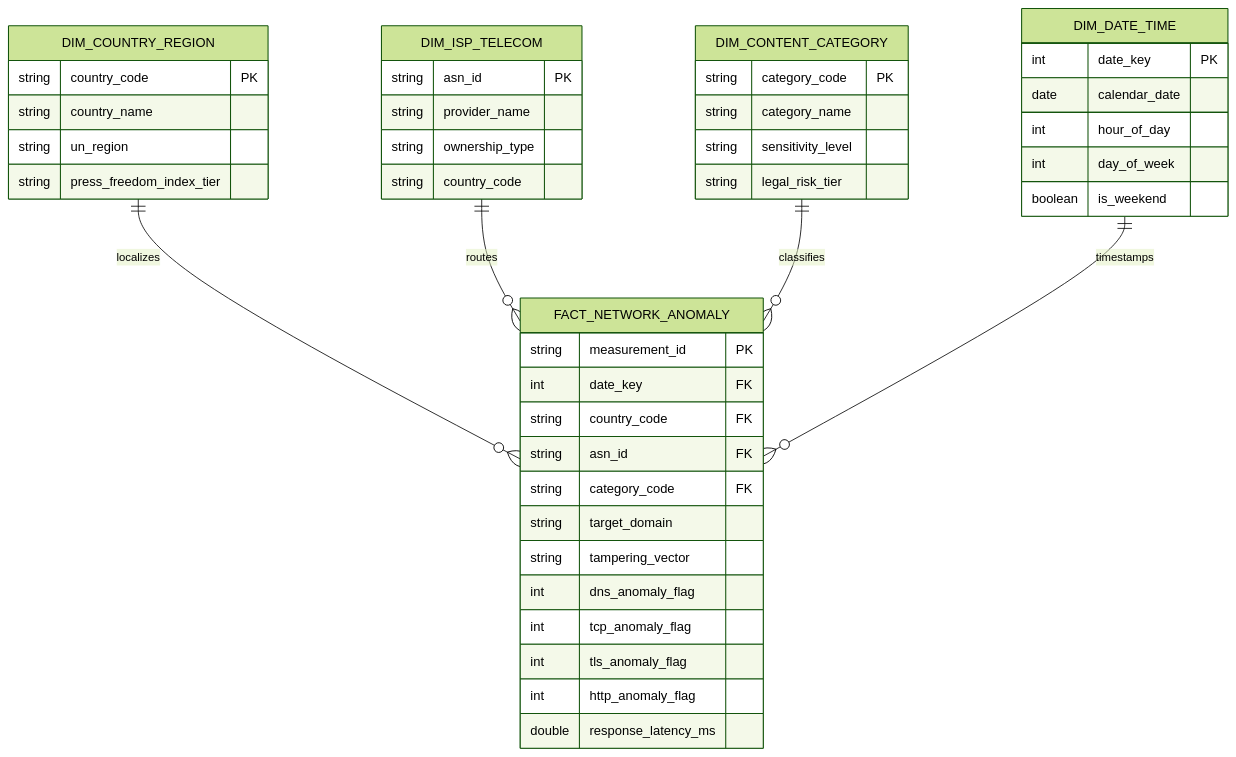
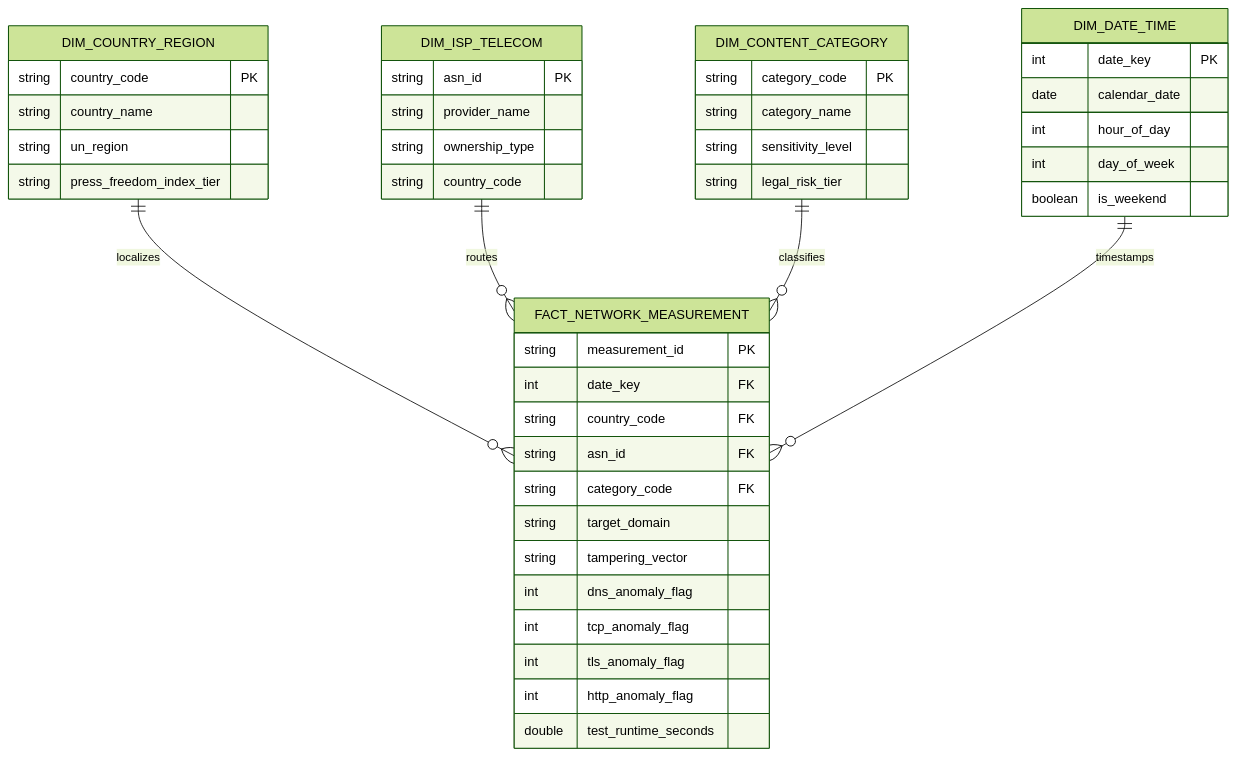
The second of 2 diagrams in Docs/Phase 1/phase1_proposal.md (Muhammad-Ibrahim-001/Project-Panopticon), drawn with Mermaid (forest theme) before and after one commit. The commit also changed other lines of this file and 21 other files, not shown here.

First line of the commit message:
chore(silver): reconcile schema contracts, engineering audit, and review documentation

````diff
--- a/Docs/Phase 1/phase1_proposal.md
+++ b/Docs/Phase 1/phase1_proposal.md
@@ -213,51 +213,51 @@
 ```mermaid
 erDiagram
-    DIM_COUNTRY_REGION ||--o{ FACT_NETWORK_ANOMALY : localizes
-    DIM_ISP_TELECOM ||--o{ FACT_NETWORK_ANOMALY : routes
-    DIM_CONTENT_CATEGORY ||--o{ FACT_NETWORK_ANOMALY : classifies
-    DIM_DATE_TIME ||--o{ FACT_NETWORK_ANOMALY : timestamps
+    DIM_COUNTRY_REGION ||--o{ FACT_NETWORK_MEASUREMENT : localizes
+    DIM_ISP_TELECOM ||--o{ FACT_NETWORK_MEASUREMENT : routes
+    DIM_CONTENT_CATEGORY ||--o{ FACT_NETWORK_MEASUREMENT : classifies
+    DIM_DATE_TIME ||--o{ FACT_NETWORK_MEASUREMENT : timestamps
 
     DIM_COUNTRY_REGION {
         string country_code PK
         string country_name
         string un_region
         string press_freedom_index_tier
     }
 
     DIM_ISP_TELECOM {
         string asn_id PK
         string provider_name
         string ownership_type
         string country_code
     }
 
     DIM_CONTENT_CATEGORY {
         string category_code PK
         string category_name
         string sensitivity_level
         string legal_risk_tier
     }
 
     DIM_DATE_TIME {
         int date_key PK
         date calendar_date
         int hour_of_day
         int day_of_week
         boolean is_weekend
     }
 
-    FACT_NETWORK_ANOMALY {
+    FACT_NETWORK_MEASUREMENT {
         string measurement_id PK
         int date_key FK
         string country_code FK
         string asn_id FK
         string category_code FK
         string target_domain
         string tampering_vector
         int dns_anomaly_flag
         int tcp_anomaly_flag
         int tls_anomaly_flag
         int http_anomaly_flag
-        double response_latency_ms
+        double test_runtime_seconds
     }
 ```
````
